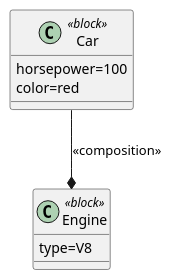
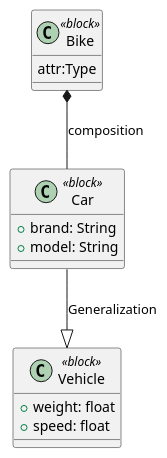
The diagram in backend/diagram.puml (RoboFication/diagram-editor), drawn with PlantUML before and after one commit. The commit also changed 6 other files, not shown here.

```diff
--- a/backend/diagram.puml
+++ b/backend/diagram.puml
@@ -1,10 +1,15 @@
 @startuml
-class Car <<block>> {
-  horsepower=100
-  color=red
+class "Vehicle" <<block>> {
+  +weight: float
+  +speed: float
 }
-class Engine <<block>> {
-  type=V8
+class "Bike" <<block>> {
+  attr:Type
 }
-Car --* Engine : <<composition>>
+class "Car" <<block>> {
+  +brand: String
+  +model: String
+}
+Bike *-- Car : composition
+Car --|> Vehicle : Generalization
 @enduml
```
